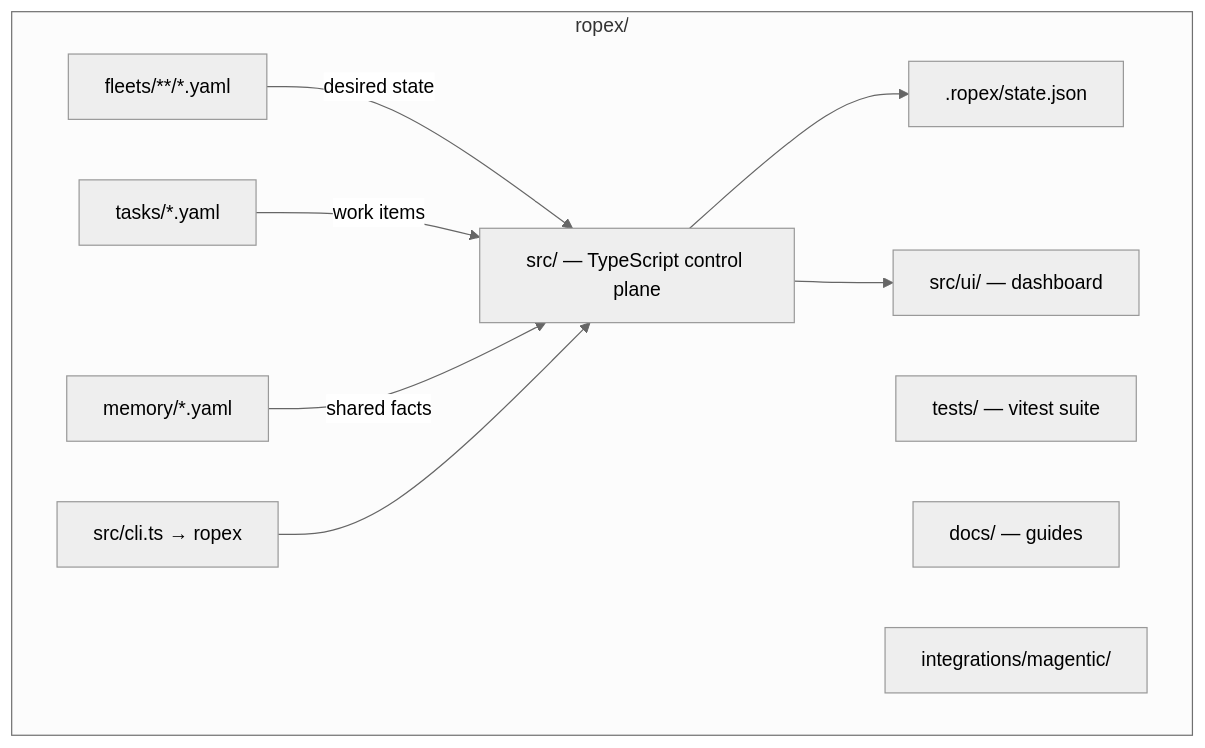
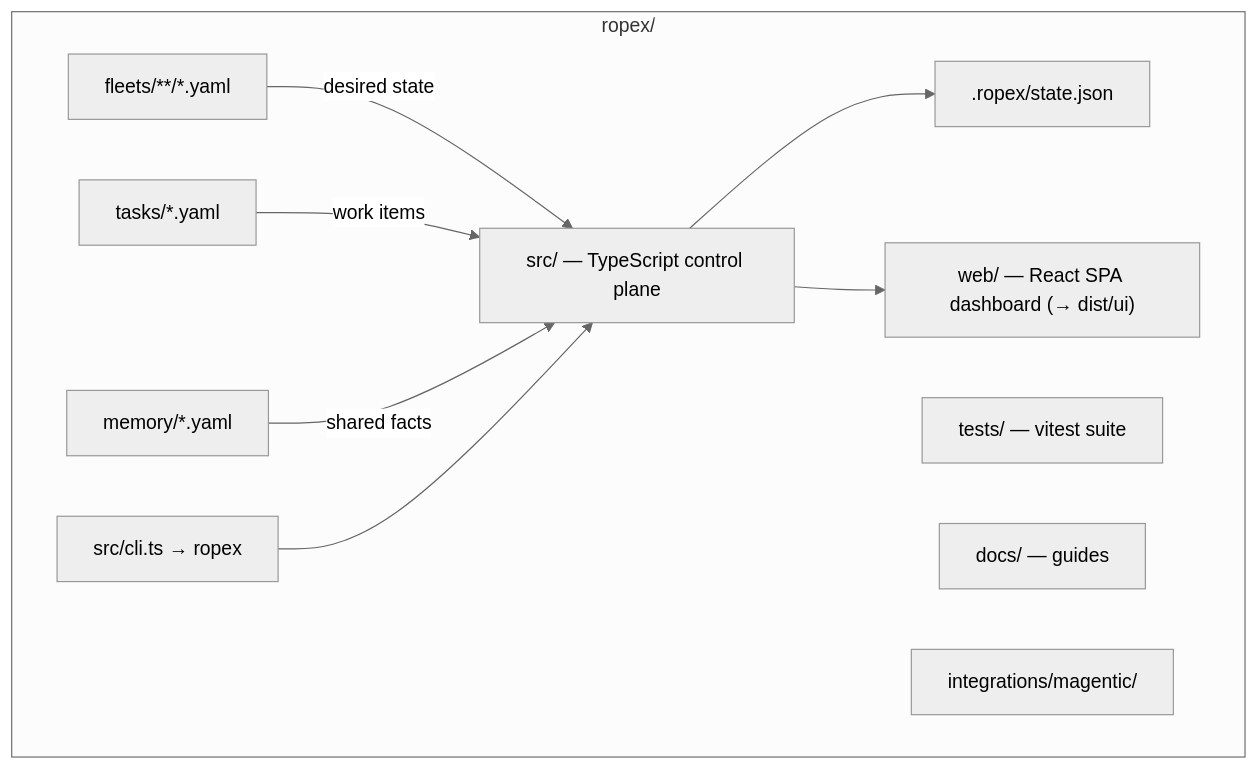
One commit to amirsdream/ropex changed the second of 10 diagrams in docs/system-architecture.md. Above: the diagram before and after it, drawn with Mermaid (neutral theme). The commit also changed other lines of this file and 10 other files, not shown here.

First line of the commit message:
docs: refresh architecture docs, diagrams, and screenshots for the React SPA (#39)

````diff
--- a/docs/system-architecture.md
+++ b/docs/system-architecture.md
@@ -34,22 +34,22 @@
 ```mermaid
 flowchart TB
   subgraph Repo["ropex/"]
     FLEETS["fleets/**/*.yaml"]
     TASKS["tasks/*.yaml"]
     MEMORY["memory/*.yaml"]
     SRC["src/ — TypeScript control plane"]
-    UI["src/ui/ — dashboard"]
+    UI["web/ — React SPA dashboard (→ dist/ui)"]
     TESTS["tests/ — vitest suite"]
     DOCS["docs/ — guides"]
     INTEG["integrations/magentic/"]
     STATE[".ropex/state.json"]
     CLI["src/cli.ts → ropex"]
   end
 
   FLEETS -->|"desired state"| SRC
   TASKS -->|"work items"| SRC
   MEMORY -->|"shared facts"| SRC
   SRC --> STATE
   SRC --> UI
   CLI --> SRC
 ```
````
